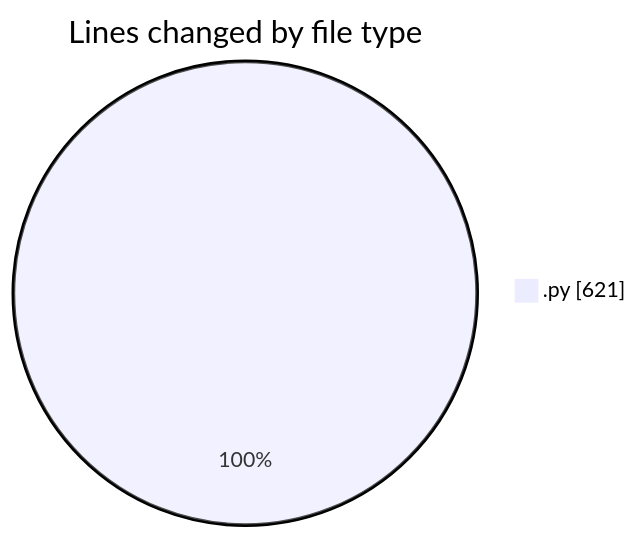
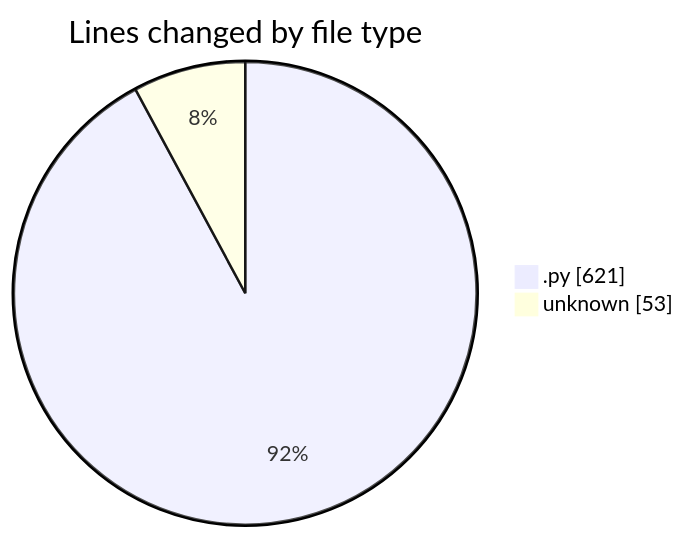
The first of 2 diagrams in 2025-11-16/eventscop-api-guide__workspace_/README.md (julien-gomy/code-tracking), drawn with Mermaid before and after one commit. The commit also changed other lines of this file and 1 other file, not shown here.

````diff
--- a/2025-11-16/eventscop-api-guide__workspace_/README.md
+++ b/2025-11-16/eventscop-api-guide__workspace_/README.md
@@ -23,5 +24,6 @@
 ```mermaid
 pie showData
 title Lines changed by file type
 ".py" : 621
+"unknown" : 53
 ```
````
